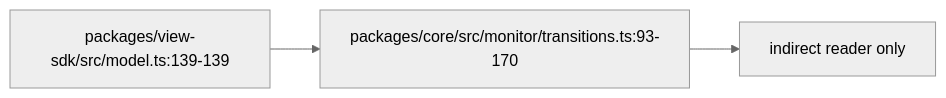
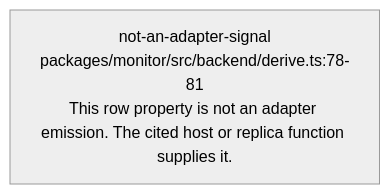
One commit to vibefield/puppeteer changed the diagram in audit/godview/evidence/antigravity/alive.mmd. Above: the diagram before and after it, drawn with Mermaid (neutral theme). The commit also changed 746 other files, not shown here.

First line of the commit message:
Apply adapter-specific UI reachability to first-half monitor traces.

```diff
--- a/audit/godview/evidence/antigravity/alive.mmd
+++ b/audit/godview/evidence/antigravity/alive.mmd
@@ -1,9 +1,5 @@
-%% graph_ref: path.status
-%% shared_map: 07e71c9bcb9532fc181e3f667f2d0ed2e7c9afaf
+%% field: field.alive
+%% adapter: antigravity
 %% forensic: source-read 748d015a7e393112e0a91dad80111fdf5abe6583; not a live sample
-flowchart LR
-  n0["packages/view-sdk/src/model.ts:139-139"]
-  n1["packages/core/src/monitor/transitions.ts:93-170"]
-  n0 --> n1
-  n2["indirect reader only"]
-  n1 --> n2
+flowchart TD
+  n0["not-an-adapter-signal\npackages/monitor/src/backend/derive.ts:78-81\nThis row property is not an adapter emission. The cited host or replica function supplies it."]
```
